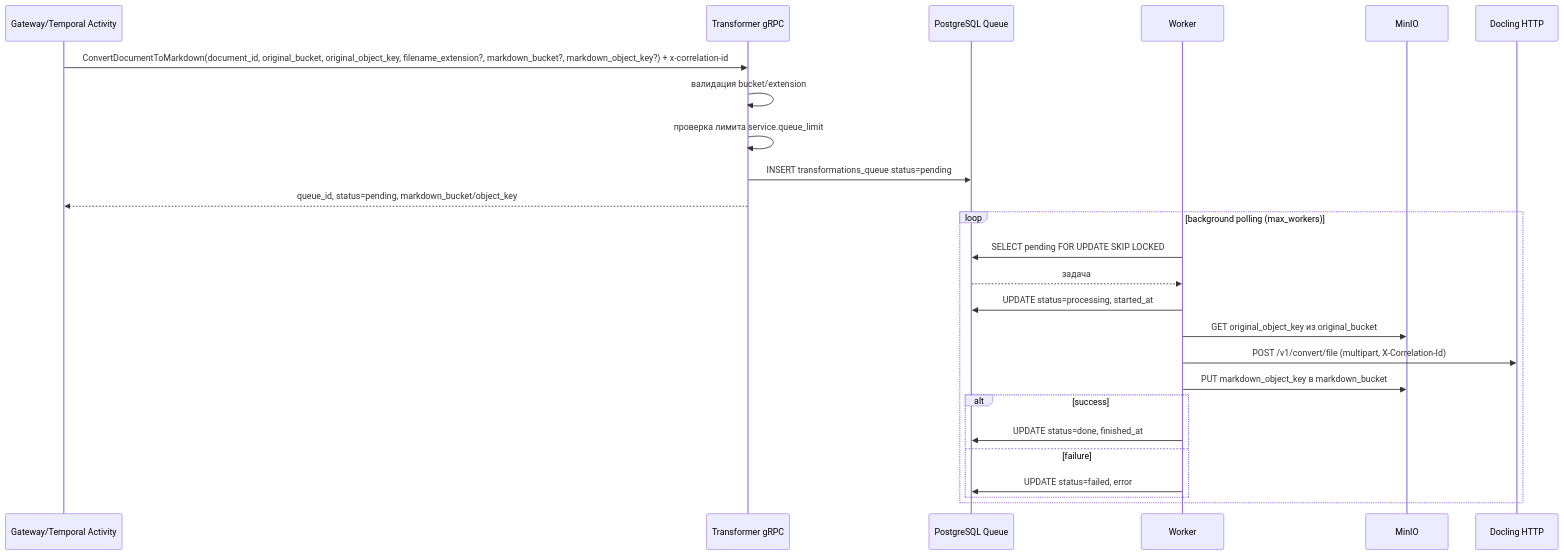
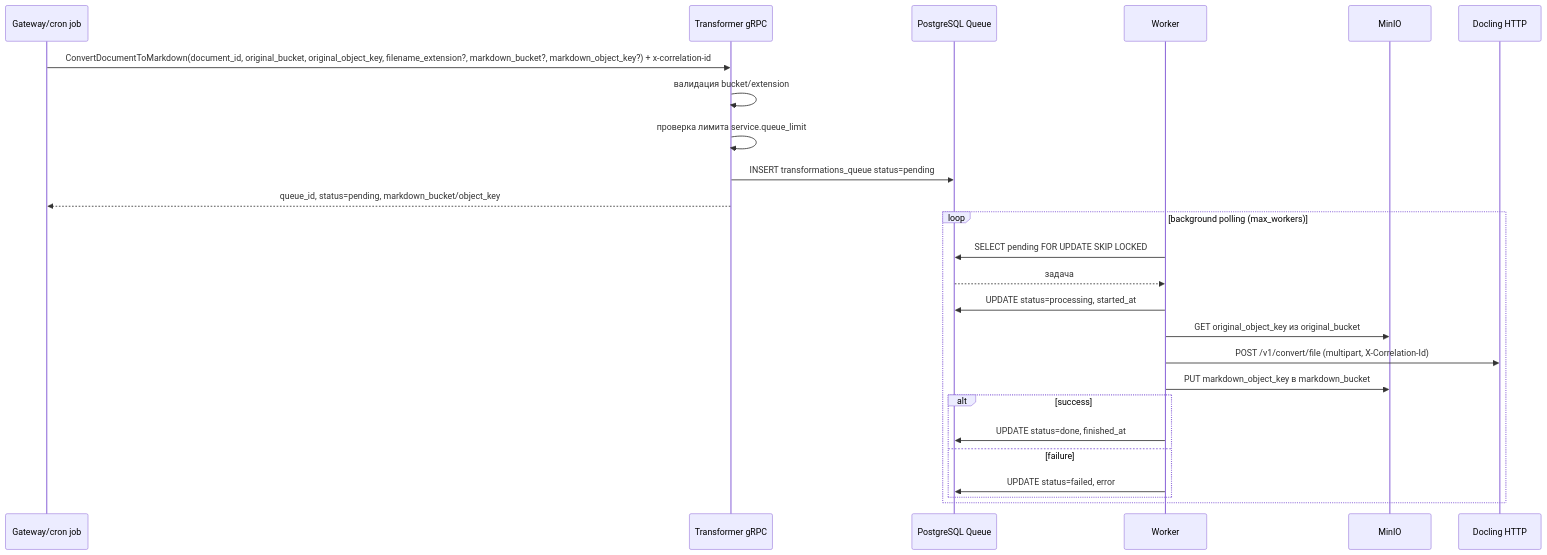
Before and after one commit to FedorovTeam/mono-repo: the diagram in backend/docling-transformer-service/sequence.md, drawn with Mermaid. The commit also changed 9 other files, not shown here.

````diff
--- a/backend/docling-transformer-service/sequence.md
+++ b/backend/docling-transformer-service/sequence.md
@@ -3,29 +3,29 @@
 ```mermaid
 sequenceDiagram
-    participant GW as Gateway/Temporal Activity
+    participant GW as Gateway/cron job
     participant TR as Transformer gRPC
     participant PG as PostgreSQL Queue
     participant WK as Worker
     participant MN as MinIO
     participant DL as Docling HTTP
 
     GW->>TR: ConvertDocumentToMarkdown(document_id, original_bucket, original_object_key, filename_extension?, markdown_bucket?, markdown_object_key?) + x-correlation-id
     TR->>TR: валидация bucket/extension
     TR->>TR: проверка лимита service.queue_limit
     TR->>PG: INSERT transformations_queue status=pending
     TR-->>GW: queue_id, status=pending, markdown_bucket/object_key
 
     loop background polling (max_workers)
         WK->>PG: SELECT pending FOR UPDATE SKIP LOCKED
         PG-->>WK: задача
         WK->>PG: UPDATE status=processing, started_at
         WK->>MN: GET original_object_key из original_bucket
         WK->>DL: POST /v1/convert/file (multipart, X-Correlation-Id)
         WK->>MN: PUT markdown_object_key в markdown_bucket
         alt success
             WK->>PG: UPDATE status=done, finished_at
         else failure
             WK->>PG: UPDATE status=failed, error
         end
     end
 ```
````
